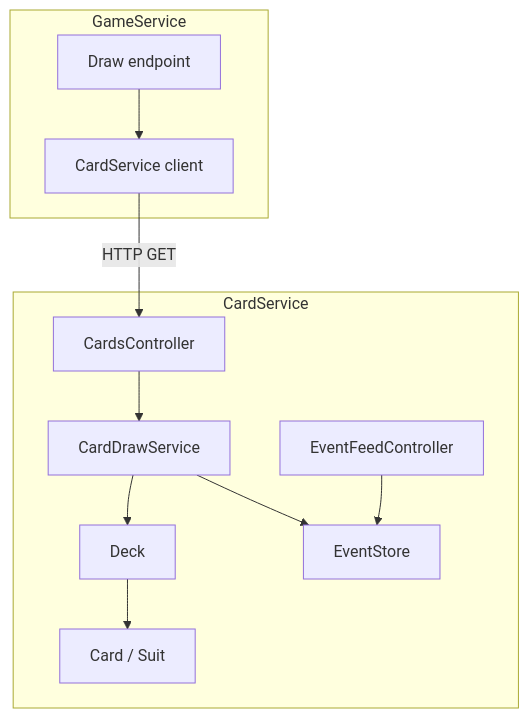
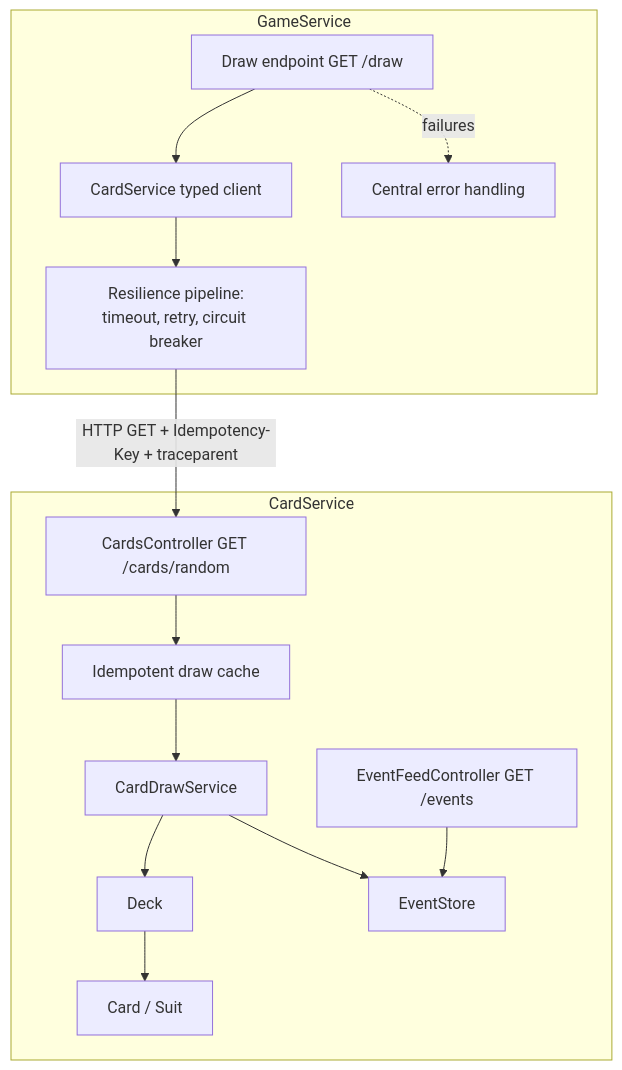
Before and after one commit to anit3k/diplom-storesys-card-drawer: the second of 2 diagrams in README.md, drawn with Mermaid. The commit also changed other lines of this file and 1 other file, not shown here.

````diff
--- a/README.md
+++ b/README.md
@@ -350,23 +413,29 @@
 ```mermaid
 flowchart TB
     subgraph GameService
-        GameController[Draw endpoint]
-        CardClient[CardService client]
+        GameController[Draw endpoint GET /draw]
+        CardClient[CardService typed client]
+        Pipeline[Resilience pipeline:<br/>timeout, retry, circuit breaker]
+        ErrorHandler[Central error handling]
     end
     subgraph CardService
-        Controller[CardsController]
-        EventController[EventFeedController]
+        Controller[CardsController GET /cards/random]
+        EventController[EventFeedController GET /events]
+        Idempotency[Idempotent draw cache]
         AppService[CardDrawService]
         LocalDeck[Deck]
         Store[EventStore]
         Domain[Card / Suit]
     end
 
     GameController --> CardClient
-    CardClient -- HTTP GET --> Controller
-    Controller --> AppService
+    CardClient --> Pipeline
+    Pipeline -- "HTTP GET + Idempotency-Key + traceparent" --> Controller
+    GameController -. failures .-> ErrorHandler
+    Controller --> Idempotency
+    Idempotency --> AppService
     AppService --> LocalDeck
     AppService --> Store
     EventController --> Store
     LocalDeck --> Domain
 ```
````
